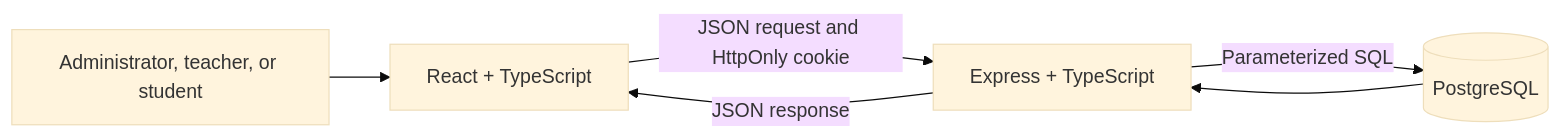
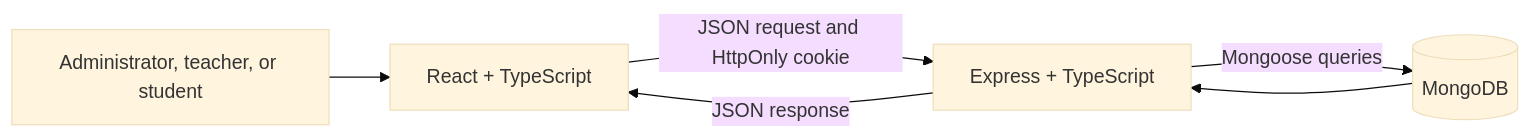
The diagram in Task1-Student-Management/docs/LEARNING_GUIDE.md (srisnigdha-08/CodSoft-Internship), drawn with Mermaid (base theme) before and after one commit. The commit also changed other lines of this file and 56 other files, not shown here.

````diff
--- a/Task1-Student-Management/docs/LEARNING_GUIDE.md
+++ b/Task1-Student-Management/docs/LEARNING_GUIDE.md
@@ -15,8 +15,8 @@
 ```mermaid
 flowchart LR
     Person[Administrator, teacher, or student] --> Browser[React + TypeScript]
     Browser -->|JSON request and HttpOnly cookie| API[Express + TypeScript]
-    API -->|Parameterized SQL| DB[(PostgreSQL)]
+    API -->|Mongoose queries| DB[(MongoDB)]
     DB --> API
     API -->|JSON response| Browser
 ```
````
